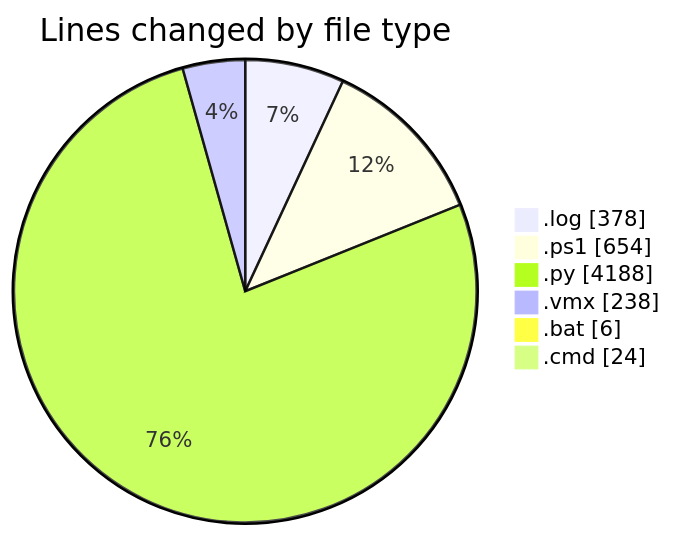
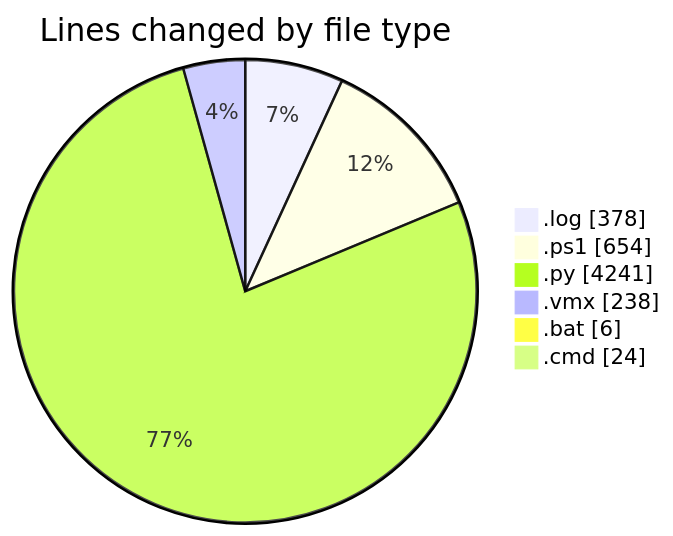
One commit to shibass792/code-tracking changed the first of 2 diagrams in 2026-07-08/twenty_versions_aminor/README.md. Above: the diagram before and after it, drawn with Mermaid. The commit also changed other lines of this file and 1 other file, not shown here.

````diff
--- a/2026-07-08/twenty_versions_aminor/README.md
+++ b/2026-07-08/twenty_versions_aminor/README.md
@@ -48,10 +49,10 @@
 ```mermaid
 pie showData
 title Lines changed by file type
 ".log" : 378
 ".ps1" : 654
-".py" : 4188
+".py" : 4241
 ".vmx" : 238
 ".bat" : 6
 ".cmd" : 24
 ```
````
